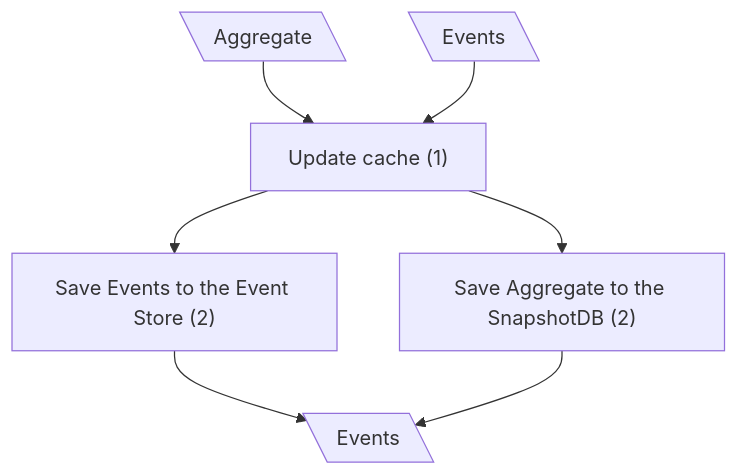
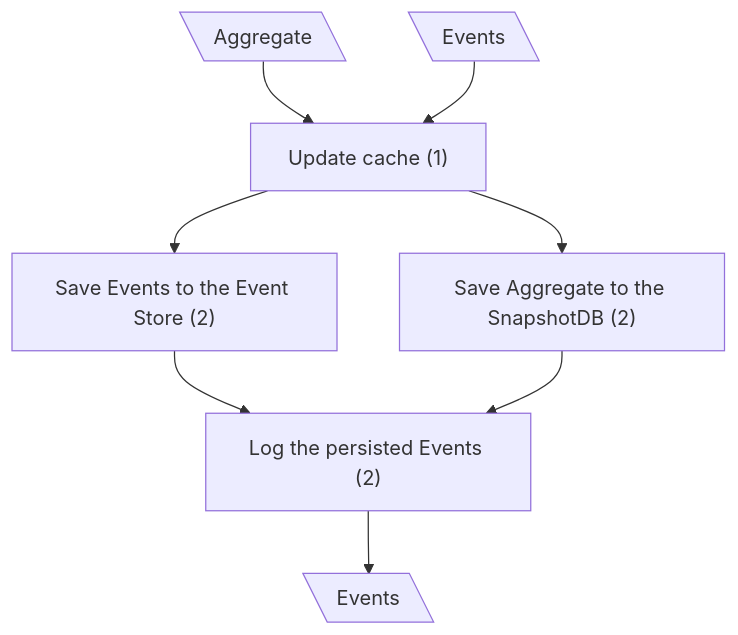
Before and after one commit to dmitryhruzin/CQRS-variations-test: the sixth of 7 diagrams in docs/CF Complexity/create.md, drawn with Mermaid. The commit also changed other lines of this file and 4 other files, not shown here.

Commit message:
docs: add infra calls to diagrams

````diff
--- a/docs/CF Complexity/create.md
+++ b/docs/CF Complexity/create.md
@@ -123,12 +127,13 @@
 ```mermaid
 flowchart TD
   classDef mod stroke:#0f0
   A1@{ shape: lean-l, label: "Aggregate" }
   A2@{ shape: lean-l, label: "Events" }
   A1 --> B["Update cache (1)"]
   A2 --> B
   B --> C["Save Events to the Event Store (2)"]
   B --> D["Save Aggregate to the SnapshotDB (2)"]
-  C --> E@{ shape: lean-l, label: "Events" }
-  D --> E
+  C --> L["Log the persisted Events (2)"]
+  D --> L
+  L --> E@{ shape: lean-l, label: "Events" }
 ```
````
